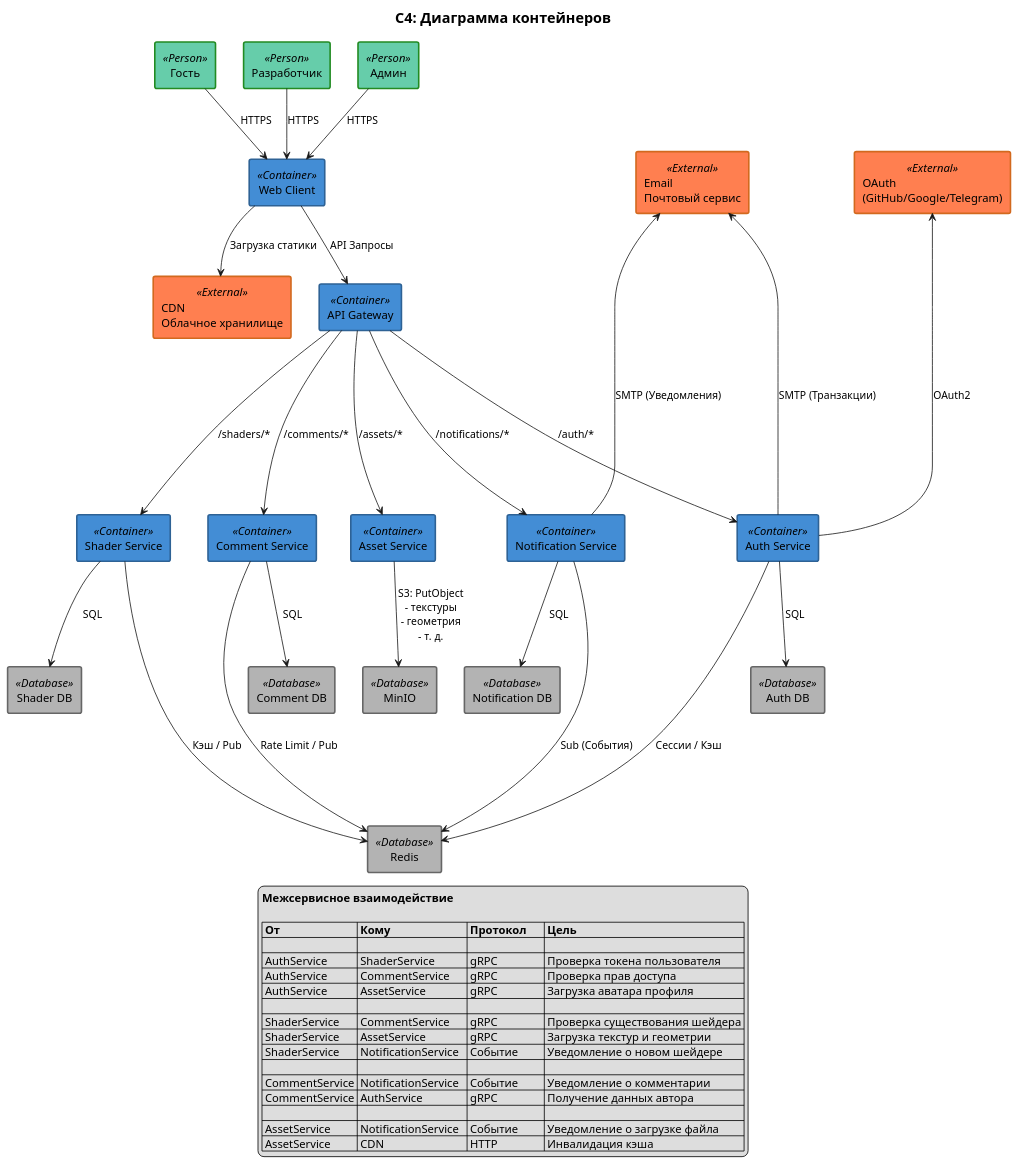
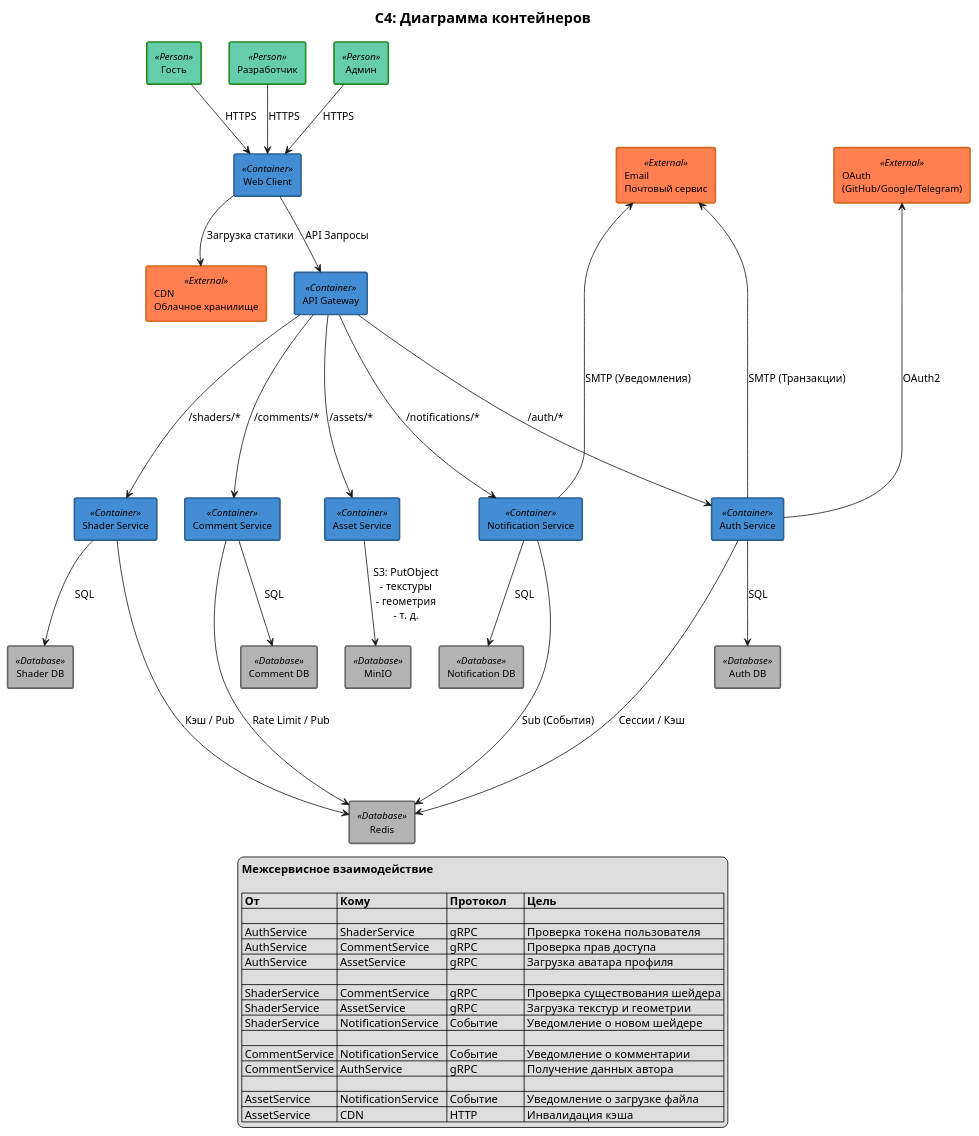
The diagram in docs/charts/c4/02-container/chart.wsd (Mihyich/ShaderHub), drawn with PlantUML before and after one commit. The commit also changed 3 other files, not shown here.

```diff
--- a/docs/charts/c4/02-container/chart.wsd
+++ b/docs/charts/c4/02-container/chart.wsd
@@ -1,123 +1,117 @@
 @startuml C4_Container
 
 skinparam sequenceMessageAlign center
-
-skinparam activity {
-    BackgroundColor White
-    BorderColor Black
-    BorderThickness 2
-    FontName "Arial"
-    FontSize 12
-}
 
 skinparam title {
     FontSize 18
 }
 
 skinparam rectangle {
     BackgroundColor<<Person>> MediumAquaMarine
     BorderColor<<Person>> ForestGreen
 
     BackgroundColor<<Container>> #438DD5
     BorderColor<<Container>> #2E6295
 
     BackgroundColor<<Database>> #B3B3B3
     BorderColor<<Database>> #666666
 
     BackgroundColor<<External>> Coral
     BorderColor<<External>> Chocolate
 
     BorderThickness 2
+    FontName "Arial"
+    FontSize 12
 }
 
 title C4: Диаграмма контейнеров
 
 ' ============================================
 ' Элементы
 ' ============================================
 
 ' --- Внешний мир ---
 rectangle "Гость" <<Person>> as Guest
 rectangle "Разработчик" <<Person>> as Developer
 rectangle "Админ" <<Person>> as Admin
 
 rectangle "CDN\nОблачное хранилище" <<External>> as CDN
 rectangle "OAuth\n(GitHub/Google/Telegram)" <<External>> as OAuth
 rectangle "Email\nПочтовый сервис" <<External>> as Email
 
 ' --- Система ---
 rectangle "API Gateway" <<Container>> as Gateway
 rectangle "Web Client" <<Container>> as WebClient
 
 rectangle "Auth Service" <<Container>> as AuthService
 rectangle "Shader Service" <<Container>> as ShaderService
 rectangle "Asset Service" <<Container>> as AssetService
 rectangle "Comment Service" <<Container>> as CommentService
 rectangle "Notification Service" <<Container>> as NotifyService
 
 ' --- Хранилища ---
 rectangle "Auth DB" <<Database>> as AuthDB
 rectangle "Shader DB" <<Database>> as ShaderDB
 rectangle "Comment DB" <<Database>> as CommentDB
 rectangle "Notification DB" <<Database>> as NotifyDB
 rectangle "MinIO" <<Database>> as MinIO
 rectangle "Redis" <<Database>> as Redis
 
 ' ============================================
 ' Связи (Логическая группировка)
 ' ============================================
 
 ' --- Пользователи : CDN : Gateway ---
 Guest     --> WebClient : HTTPS
 Developer --> WebClient : HTTPS
 Admin     --> WebClient : HTTPS
 WebClient --> CDN       : Загрузка статики
 WebClient --> Gateway   : API Запросы
 
 ' --- Gateway : Сервисы (HTTP) ---
 Gateway ----> AuthService    : /auth/*
 Gateway ----> ShaderService  : /shaders/*
 Gateway ----> AssetService   : /assets/*
 Gateway ----> CommentService : /comments/*
 Gateway ----> NotifyService  : /notifications/*
 
 ' --- Сервисы : Базы данных (SQL) ---
 AuthService    --> AuthDB    : SQL
 ShaderService  --> ShaderDB  : SQL
 AssetService   --> MinIO     : S3: PutObject\n- текстуры\n- геометрия\n- т. д.
 CommentService --> CommentDB : SQL
 NotifyService  --> NotifyDB  : SQL
 
 
 ' --- Redis (События и Кэш) ---
 AuthService    ----> Redis : Сессии / Кэш
 ShaderService  ----> Redis : Кэш / Pub
 CommentService ----> Redis : Rate Limit / Pub
 NotifyService  ----> Redis : Sub (События)
 
 ' --- Внешние интеграции ---
 OAuth <----- AuthService   : OAuth2
 Email <----- AuthService   : SMTP (Транзакции)
 Email <----- NotifyService : SMTP (Уведомления)
 
 legend bottom
   <b>Межсервисное взаимодействие</b>
 
   | <b>От</b>      | <b>Кому</b>         | <b>Протокол</b> | <b>Цель</b>                    |
   |                |                     |                 |                                |
   | AuthService    | ShaderService       | gRPC            | Проверка токена пользователя   |
   | AuthService    | CommentService      | gRPC            | Проверка прав доступа          |
   | AuthService    | AssetService        | gRPC            | Загрузка аватара профиля       |
   |                |                     |                 |                                |
   | ShaderService  | CommentService      | gRPC            | Проверка существования шейдера |
   | ShaderService  | AssetService        | gRPC            | Загрузка текстур и геометрии   |
   | ShaderService  | NotificationService | Событие         | Уведомление о новом шейдере    |
   |                |                     |                 |                                |
   | CommentService | NotificationService | Событие         | Уведомление о комментарии      |
   | CommentService | AuthService         | gRPC            | Получение данных автора        |
   |                |                     |                 |                                |
   | AssetService   | NotificationService | Событие         | Уведомление о загрузке файла   |
   | AssetService   | CDN                 | HTTP            | Инвалидация кэша               |
 endlegend
 
 @enduml
```
